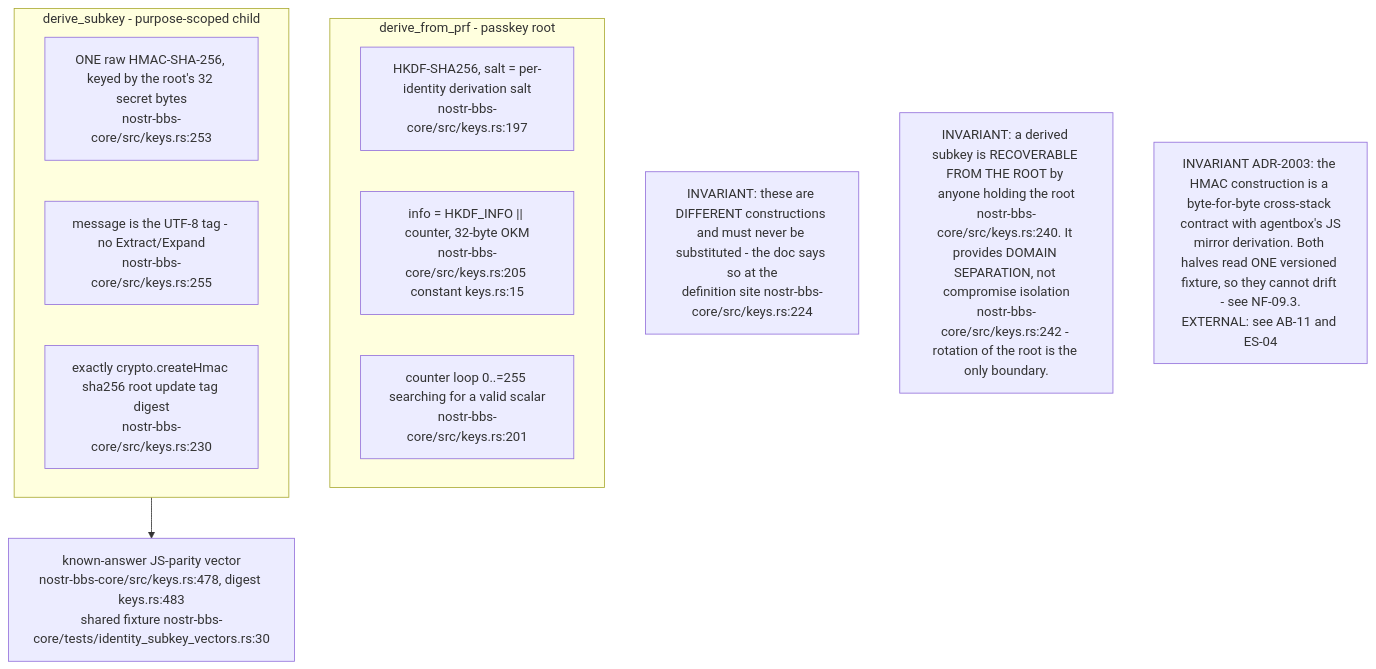
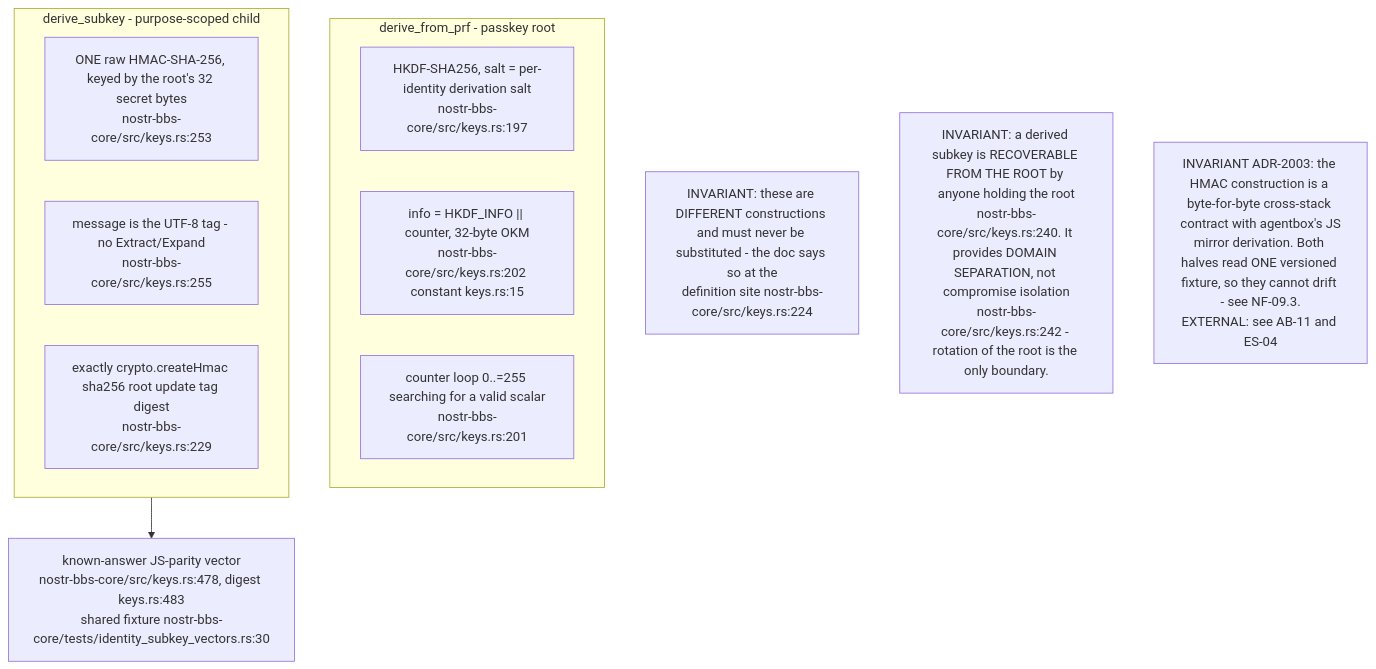
One commit to DreamLab-AI/VisionFlow changed the third of 10 diagrams in docs/diagrams/nostr-rust-forum/12-core-wire-crypto-and-federation-envelope.md. Above: the diagram before and after it, drawn with Mermaid. The commit also changed other lines of this file and 94 other files, not shown here.

First line of the commit message:
docs(diagrams): re-verify 130 topics against 2 October HEADs

````diff
--- a/docs/diagrams/nostr-rust-forum/12-core-wire-crypto-and-federation-envelope.md
+++ b/docs/diagrams/nostr-rust-forum/12-core-wire-crypto-and-federation-envelope.md
@@ -119,20 +120,20 @@
 ```mermaid
 flowchart TB
     subgraph prf["derive_from_prf - passkey root"]
         P1["HKDF-SHA256, salt = per-identity derivation salt<br/>nostr-bbs-core/src/keys.rs:197"]
-        P2["info = HKDF_INFO || counter, 32-byte OKM<br/>nostr-bbs-core/src/keys.rs:205 constant keys.rs:15"]
+        P2["info = HKDF_INFO || counter, 32-byte OKM<br/>nostr-bbs-core/src/keys.rs:202 constant keys.rs:15"]
         P3["counter loop 0..=255 searching for a valid scalar<br/>nostr-bbs-core/src/keys.rs:201"]
     end
     subgraph sub["derive_subkey - purpose-scoped child"]
         S1["ONE raw HMAC-SHA-256, keyed by the root's 32 secret bytes<br/>nostr-bbs-core/src/keys.rs:253"]
         S2["message is the UTF-8 tag - no Extract/Expand<br/>nostr-bbs-core/src/keys.rs:255"]
-        S3["exactly crypto.createHmac sha256 root update tag digest<br/>nostr-bbs-core/src/keys.rs:230"]
+        S3["exactly crypto.createHmac sha256 root update tag digest<br/>nostr-bbs-core/src/keys.rs:229"]
     end
     KAT["known-answer JS-parity vector<br/>nostr-bbs-core/src/keys.rs:478, digest keys.rs:483<br/>shared fixture nostr-bbs-core/tests/identity_subkey_vectors.rs:30"]
 
     sub --> KAT
 
     N1["INVARIANT: these are DIFFERENT constructions and must never be substituted - the doc says so at the<br/>definition site nostr-bbs-core/src/keys.rs:224"]
     N2["INVARIANT: a derived subkey is RECOVERABLE FROM THE ROOT by anyone holding the root<br/>nostr-bbs-core/src/keys.rs:240. It provides DOMAIN SEPARATION, not compromise isolation<br/>nostr-bbs-core/src/keys.rs:242 - rotation of the root is the only boundary."]
     N3["INVARIANT ADR-2003: the HMAC construction is a byte-for-byte cross-stack contract with agentbox's JS<br/>mirror derivation. Both halves read ONE versioned fixture, so they cannot drift - see NF-09.3.<br/>EXTERNAL: see AB-11 and ES-04"]
 ```
````
